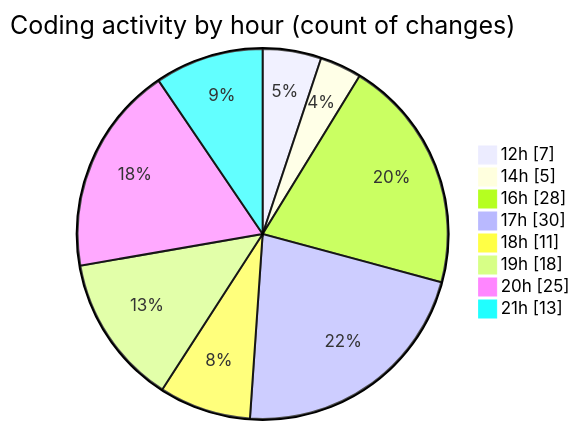
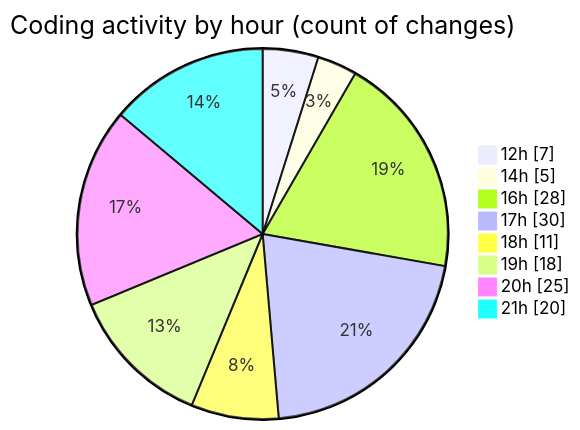
One commit to julien-gomy/code-tracking changed the second of 2 diagrams in 2025-10-06/eventscop-frontend-guide__workspace_/README.md. Above: the diagram before and after it, drawn with Mermaid. The commit also changed other lines of this file and 1 other file, not shown here.

````diff
--- a/2025-10-06/eventscop-frontend-guide__workspace_/README.md
+++ b/2025-10-06/eventscop-frontend-guide__workspace_/README.md
@@ -67,12 +68,12 @@
 ```mermaid
 pie showData
 title Coding activity by hour (count of changes)
 "12h" : 7
 "14h" : 5
 "16h" : 28
 "17h" : 30
 "18h" : 11
 "19h" : 18
 "20h" : 25
-"21h" : 13
+"21h" : 20
 ```
````
